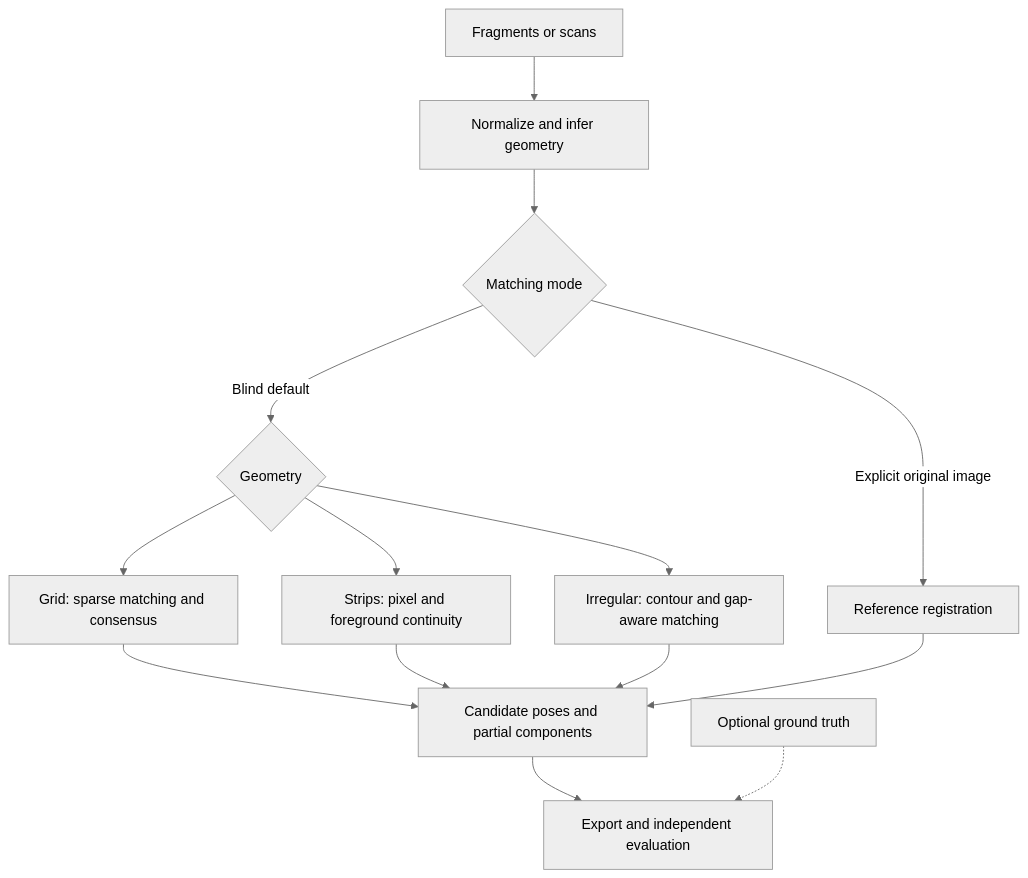
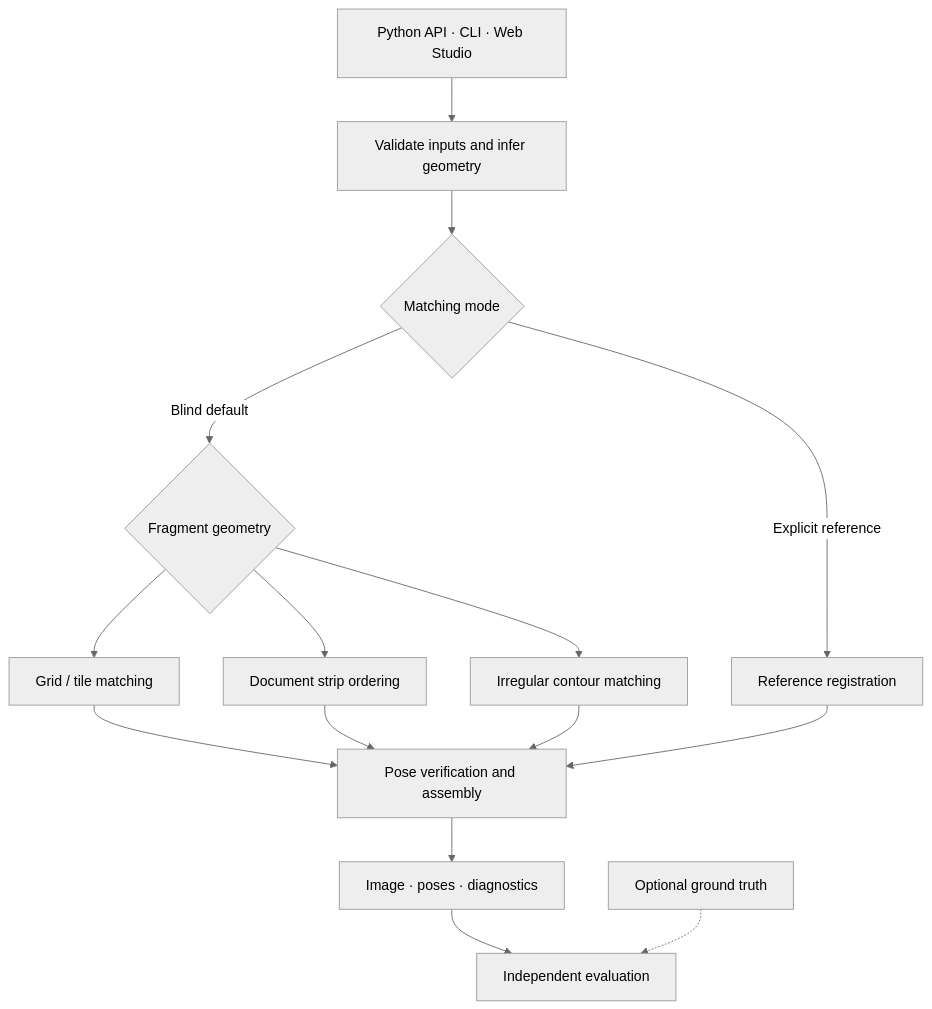
One commit to Daydreamer2812/fragmentlab-official changed the diagram in README.md. Above: the diagram before and after it, drawn with Mermaid (neutral theme). The commit also changed other lines of this file and 2 other files, not shown here.

````diff
--- a/README.md
+++ b/README.md
@@ -145,16 +190,17 @@
 ```mermaid
 flowchart TD
-    A[Fragments or scans] --> B[Normalize and infer geometry]
+    A[Python API · CLI · Web Studio] --> B[Validate inputs and infer geometry]
     B --> C{Matching mode}
-    C -->|Blind default| D{Geometry}
-    D --> E[Grid: sparse matching and consensus]
-    D --> F[Strips: pixel and foreground continuity]
-    D --> G[Irregular: contour and gap-aware matching]
-    C -->|Explicit original image| H[Reference registration]
-    E --> I[Candidate poses and partial components]
+    C -->|Blind default| D{Fragment geometry}
+    D --> E[Grid / tile matching]
+    D --> F[Document strip ordering]
+    D --> G[Irregular contour matching]
+    C -->|Explicit reference| H[Reference registration]
+    E --> I[Pose verification and assembly]
     F --> I
     G --> I
     H --> I
-    I --> J[Export and independent evaluation]
-    K[Optional ground truth] -.-> J
+    I --> J[Image · poses · diagnostics]
+    J --> K[Independent evaluation]
+    L[Optional ground truth] -.-> K
 ```
````
